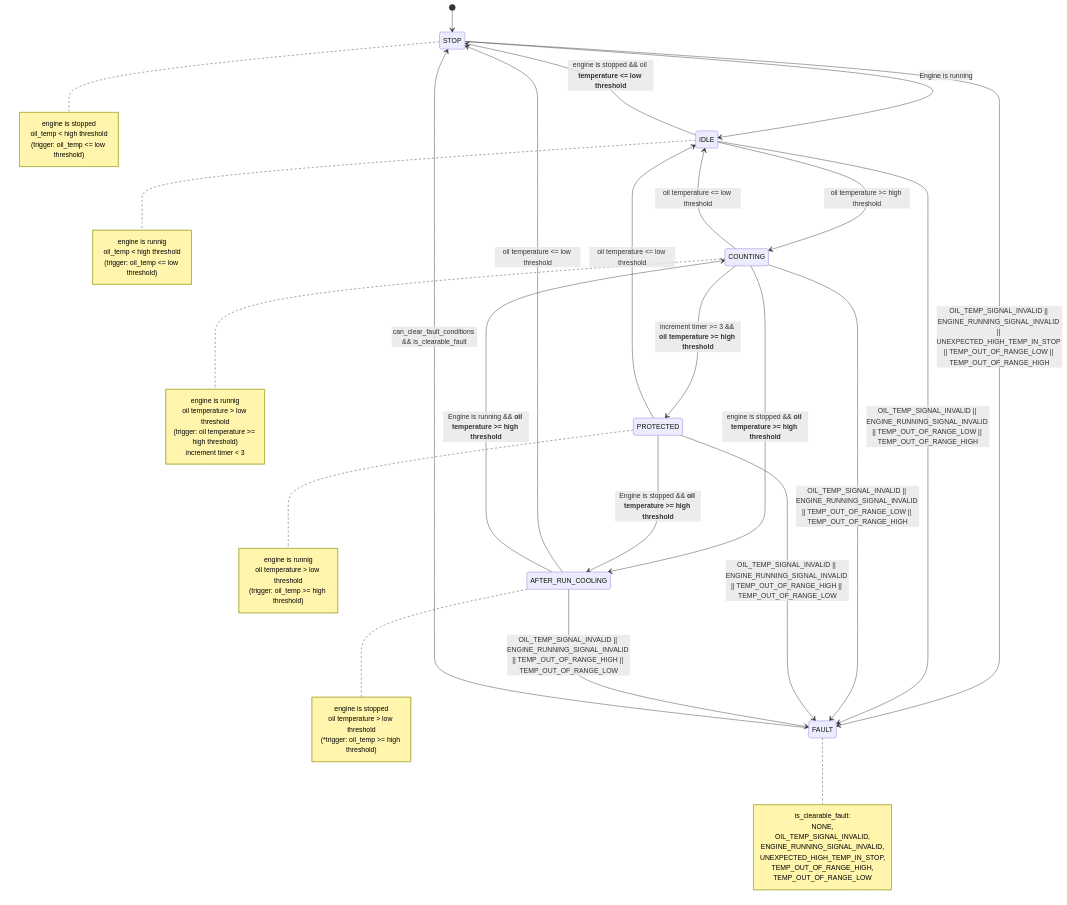
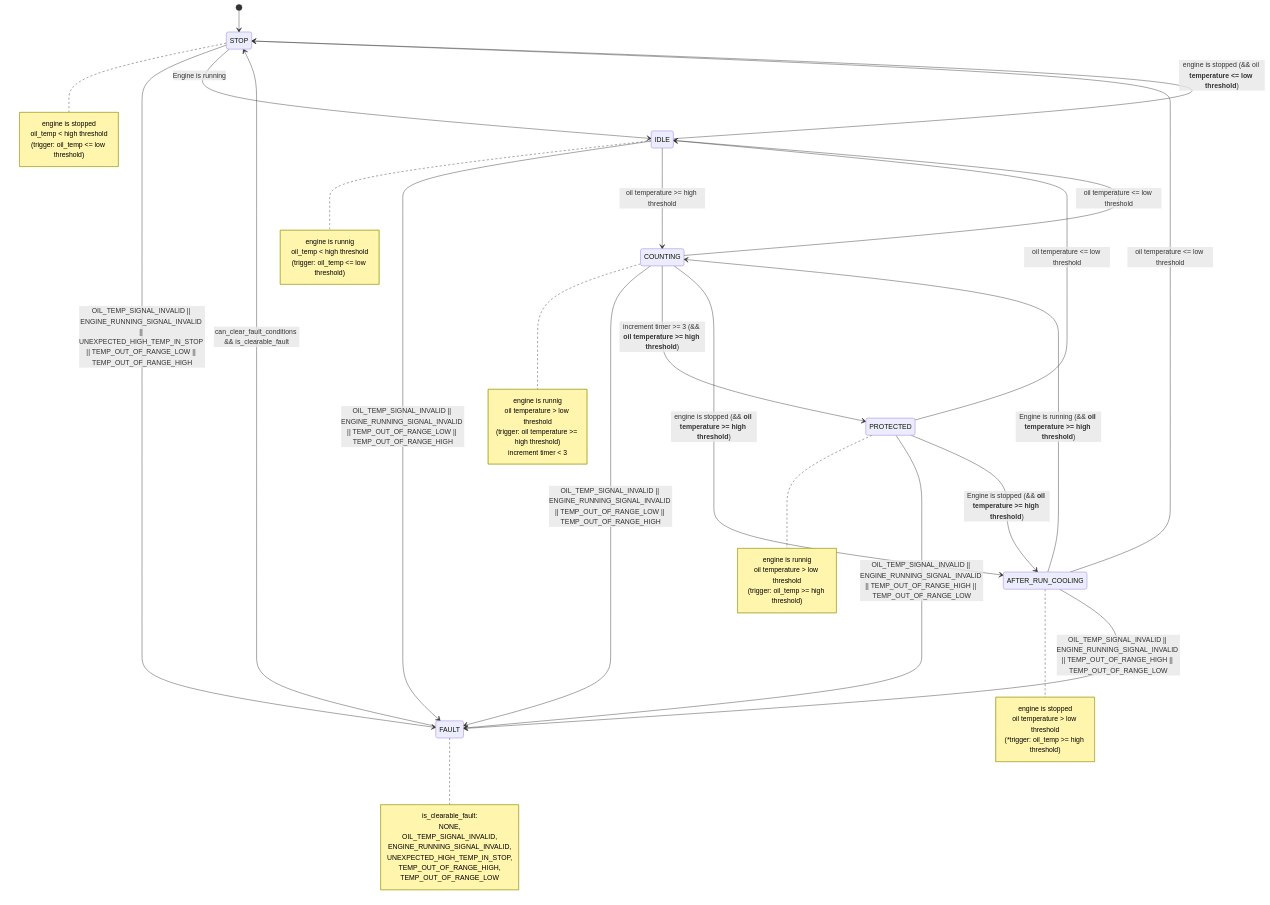
One commit to CY-M02605/Embedded-Control-Architecture changed the diagram in README.md. Above: the diagram before and after it, drawn with Mermaid.

````diff
--- a/README.md
+++ b/README.md
@@ -248,62 +248,62 @@
 ```mermaid
 stateDiagram-v2
     [*] --> STOP
 
     note right of STOP
         engine is stopped
         oil_temp < high threshold
         (trigger: oil_temp <= low threshold)
     end note
+    STOP --> FAULT: OIL_TEMP_SIGNAL_INVALID || ENGINE_RUNNING_SIGNAL_INVALID || UNEXPECTED_HIGH_TEMP_IN_STOP || TEMP_OUT_OF_RANGE_LOW || TEMP_OUT_OF_RANGE_HIGH
     STOP --> IDLE: Engine is running
-    STOP --> FAULT: OIL_TEMP_SIGNAL_INVALID || ENGINE_RUNNING_SIGNAL_INVALID || UNEXPECTED_HIGH_TEMP_IN_STOP || TEMP_OUT_OF_RANGE_LOW || TEMP_OUT_OF_RANGE_HIGH
 
     note right of IDLE
         engine is runnig
         oil_temp < high threshold
         (trigger: oil_temp <= low threshold)
     end note
+    IDLE --> FAULT: OIL_TEMP_SIGNAL_INVALID || ENGINE_RUNNING_SIGNAL_INVALID || TEMP_OUT_OF_RANGE_LOW || TEMP_OUT_OF_RANGE_HIGH
     IDLE --> COUNTING: oil temperature >= high threshold
-    IDLE --> STOP: engine is stopped && oil **temperature <= low threshold**
-    IDLE --> FAULT: OIL_TEMP_SIGNAL_INVALID || ENGINE_RUNNING_SIGNAL_INVALID || TEMP_OUT_OF_RANGE_LOW || TEMP_OUT_OF_RANGE_HIGH
+    IDLE --> STOP: engine is stopped (&& oil **temperature <= low threshold**)
 
     note right of COUNTING
         engine is runnig
         oil temperature > low threshold
         (trigger: oil temperature >= high threshold)
         increment timer < 3
     end note
-    COUNTING --> PROTECTED: increment timer >= 3 && **oil temperature >= high threshold**
+    COUNTING --> FAULT: OIL_TEMP_SIGNAL_INVALID || ENGINE_RUNNING_SIGNAL_INVALID || TEMP_OUT_OF_RANGE_LOW || TEMP_OUT_OF_RANGE_HIGH
+    COUNTING --> PROTECTED: increment timer >= 3 (&& **oil temperature >= high threshold**)
     COUNTING --> IDLE: oil temperature <= low threshold
-    COUNTING --> AFTER_RUN_COOLING: engine is stopped && **oil temperature >= high threshold**
-    COUNTING --> FAULT: OIL_TEMP_SIGNAL_INVALID || ENGINE_RUNNING_SIGNAL_INVALID || TEMP_OUT_OF_RANGE_LOW || TEMP_OUT_OF_RANGE_HIGH
+    COUNTING --> AFTER_RUN_COOLING: engine is stopped (&& **oil temperature >= high threshold**)
 
     note right of PROTECTED
         engine is runnig
         oil temperature > low threshold
         (trigger: oil_temp >= high threshold)
     end note
+    PROTECTED --> FAULT: OIL_TEMP_SIGNAL_INVALID || ENGINE_RUNNING_SIGNAL_INVALID || TEMP_OUT_OF_RANGE_HIGH || TEMP_OUT_OF_RANGE_LOW
     PROTECTED --> IDLE: oil temperature <= low threshold
-    PROTECTED --> AFTER_RUN_COOLING: Engine is stopped && **oil temperature >= high threshold**
-    PROTECTED --> FAULT: OIL_TEMP_SIGNAL_INVALID || ENGINE_RUNNING_SIGNAL_INVALID || TEMP_OUT_OF_RANGE_HIGH || TEMP_OUT_OF_RANGE_LOW
+    PROTECTED --> AFTER_RUN_COOLING: Engine is stopped (&& **oil temperature >= high threshold**)
 
     note right of AFTER_RUN_COOLING
         engine is stopped
         oil temperature > low threshold
         (*trigger: oil_temp >= high threshold)
     end note
+    AFTER_RUN_COOLING --> FAULT: OIL_TEMP_SIGNAL_INVALID || ENGINE_RUNNING_SIGNAL_INVALID || TEMP_OUT_OF_RANGE_HIGH || TEMP_OUT_OF_RANGE_LOW
     AFTER_RUN_COOLING --> STOP: oil temperature <= low threshold
-    AFTER_RUN_COOLING --> COUNTING: Engine is running && **oil temperature >= high threshold**
-    AFTER_RUN_COOLING --> FAULT: OIL_TEMP_SIGNAL_INVALID || ENGINE_RUNNING_SIGNAL_INVALID || TEMP_OUT_OF_RANGE_HIGH || TEMP_OUT_OF_RANGE_LOW
+    AFTER_RUN_COOLING --> COUNTING: Engine is running (&& **oil temperature >= high threshold**)
 
     note right of FAULT
         is_clearable_fault:
             NONE,
             OIL_TEMP_SIGNAL_INVALID,
             ENGINE_RUNNING_SIGNAL_INVALID,
             UNEXPECTED_HIGH_TEMP_IN_STOP,
             TEMP_OUT_OF_RANGE_HIGH,
             TEMP_OUT_OF_RANGE_LOW
             
     end note
     FAULT --> STOP: can_clear_fault_conditions && is_clearable_fault
 ```
````
